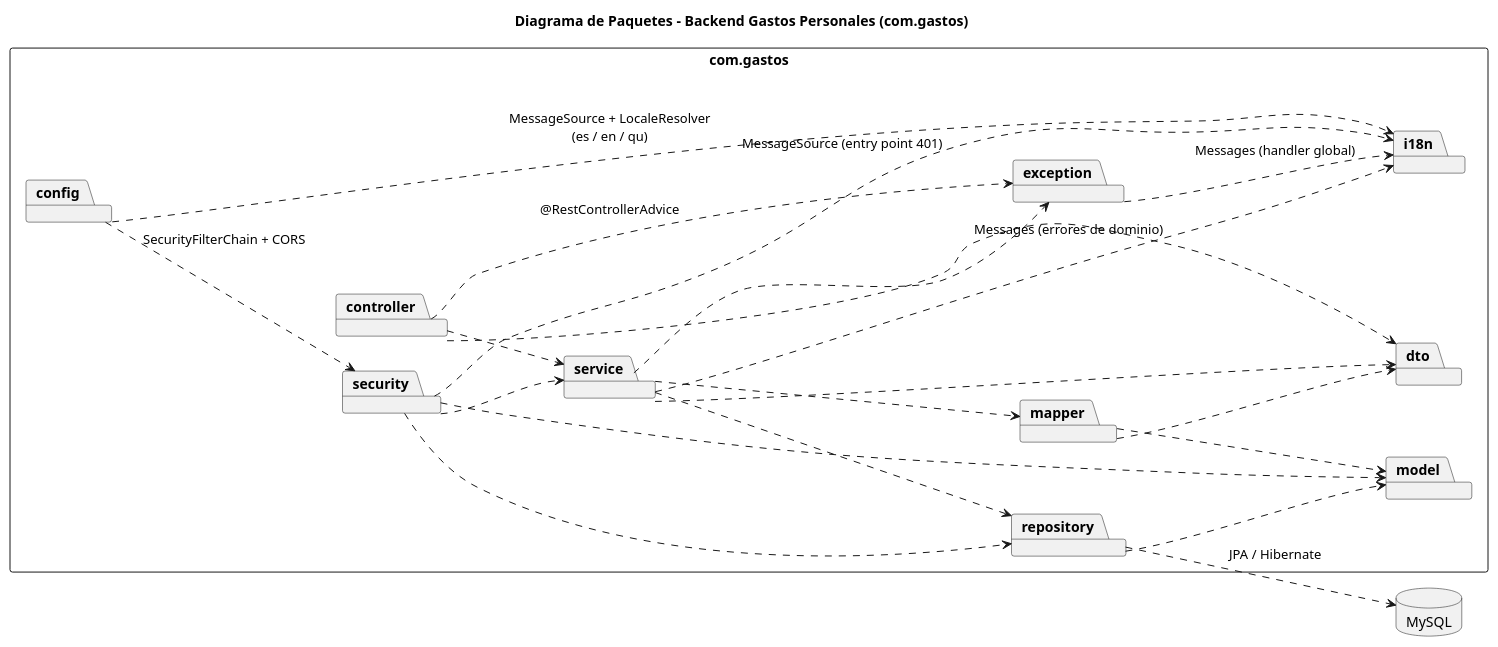
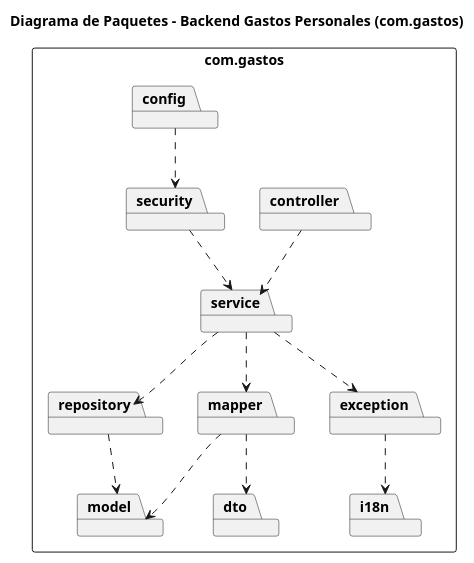
The diagram in docs/package-diagram.puml (renzocand/04---gastos-personales), drawn with PlantUML before and after one commit. The commit also changed 7 other files, not shown here.

Commit message:
diagramas

```diff
--- a/docs/package-diagram.puml
+++ b/docs/package-diagram.puml
@@ -1,51 +1,32 @@
 @startuml package-diagram
 title Diagrama de Paquetes - Backend Gastos Personales (com.gastos)
 
 skinparam packageStyle rectangle
-left to right direction
+top to bottom direction
 
 package "com.gastos" {
     package "controller" as controller
     package "service" as service
     package "repository" as repository
     package "model" as model
     package "dto" as dto
     package "mapper" as mapper
+    package "security" as security
     package "exception" as exception
-    package "security" as security
     package "config" as config
     package "i18n" as i18n
 }
 
-database "MySQL" as db
-
-' Dependencias entre capas (flujo de la petición: arriba -> abajo)
+' Dependencias entre paquetes (organización del sistema)
 controller ..> service
-controller ..> dto
 service ..> repository
 service ..> mapper
-service ..> dto
 service ..> exception
+mapper ..> dto
+mapper ..> model
 repository ..> model
-mapper ..> model
-mapper ..> dto
-controller ..> exception : @RestControllerAdvice
-
-' Seguridad: filtro JWT delante de los controllers, valida el token por petición
 security ..> service
-security ..> repository
-security ..> model
-config ..> security : SecurityFilterChain + CORS
-
-' Infraestructura
-repository ..> db : JPA / Hibernate
-
-' Internacionalización (i18n): el idioma se decide por el header Accept-Language.
-' MessageSource + LocaleResolver se configuran en config; Messages resuelve textos
-' traducidos para services, handler de excepciones y entry point de seguridad.
-config ..> i18n : MessageSource + LocaleResolver\n(es / en / qu)
-service ..> i18n : Messages (errores de dominio)
-exception ..> i18n : Messages (handler global)
-security ..> i18n : MessageSource (entry point 401)
+exception ..> i18n
+config ..> security
 
 @enduml
```
